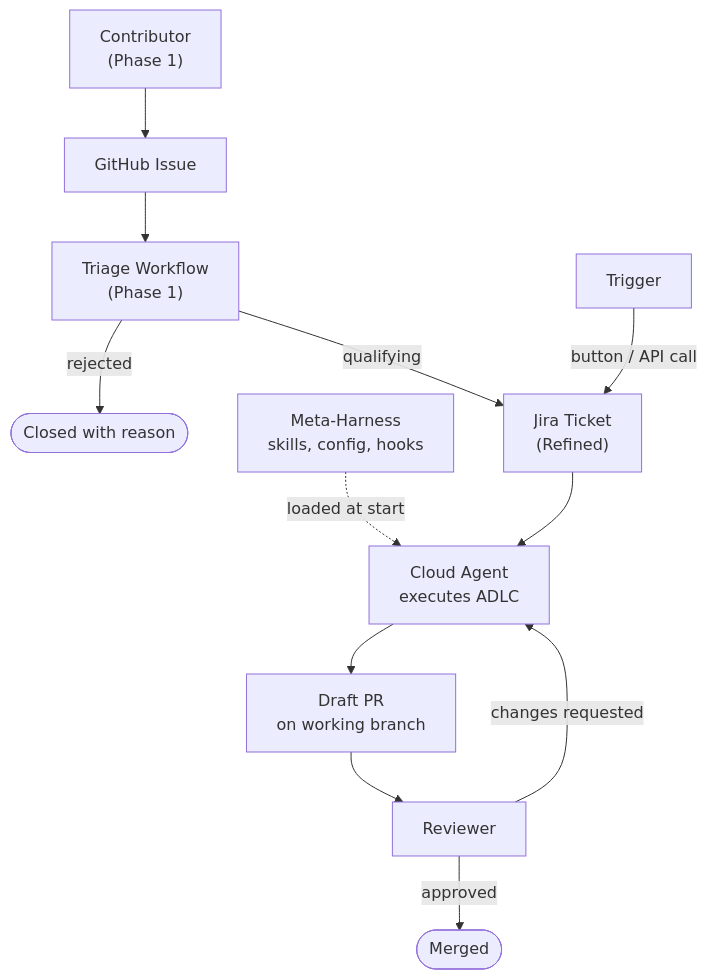
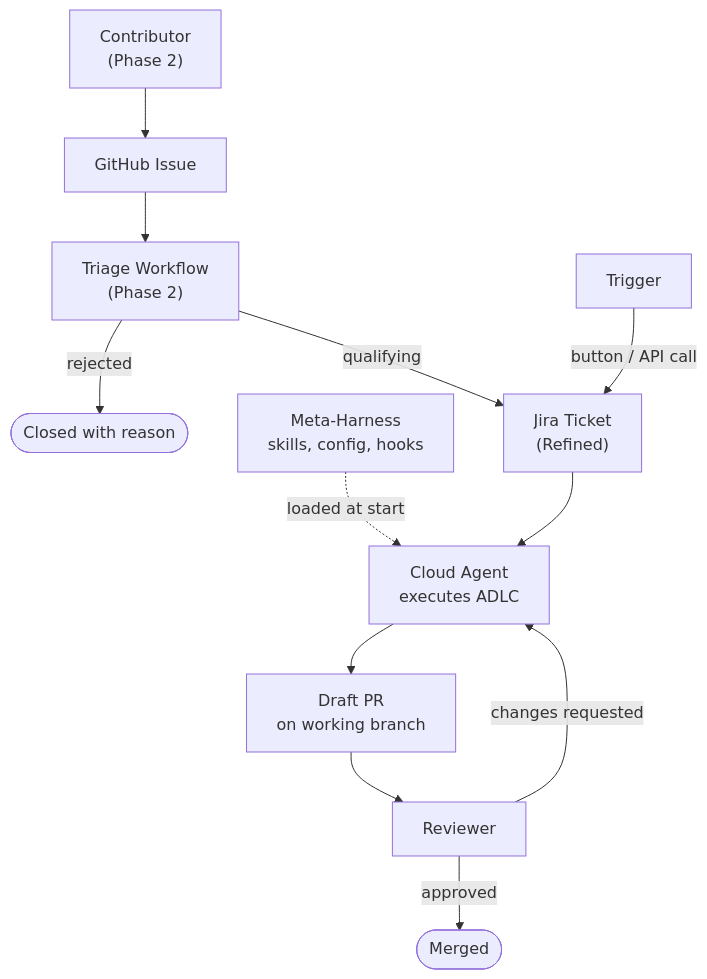
The first of 3 diagrams in docs/PRD-agentic-workflow.md (Ed-Fi-Alliance-OSS/Fiona), drawn with Mermaid before and after one commit. The commit also changed other lines of this file, not shown here.

````diff
--- a/docs/PRD-agentic-workflow.md
+++ b/docs/PRD-agentic-workflow.md
@@ -173,15 +174,15 @@
 ```mermaid
 flowchart TD
-    CONTRIB["Contributor\n(Phase 1)"] --> GHISSUE["GitHub Issue"]
-    GHISSUE --> TRIAGE["Triage Workflow\n(Phase 1)"]
+    CONTRIB["Contributor\n(Phase 2)"] --> GHISSUE["GitHub Issue"]
+    GHISSUE --> TRIAGE["Triage Workflow\n(Phase 2)"]
     TRIAGE -->|rejected| CLOSED(["Closed with reason"])
     TRIAGE -->|qualifying| JIRA
 
     TRIGGER["Trigger"] -->|"button / API call"| JIRA["Jira Ticket\n(Refined)"]
     META["Meta-Harness\nskills, config, hooks"] -.->|"loaded at start"| AGENT
     JIRA --> AGENT["Cloud Agent\nexecutes ADLC"]
     AGENT --> DRAFTPR["Draft PR\non working branch"]
     DRAFTPR --> REVIEWER["Reviewer"]
     REVIEWER -->|"changes requested"| AGENT
     REVIEWER -->|"approved"| MERGE(["Merged"])
 ```
````
